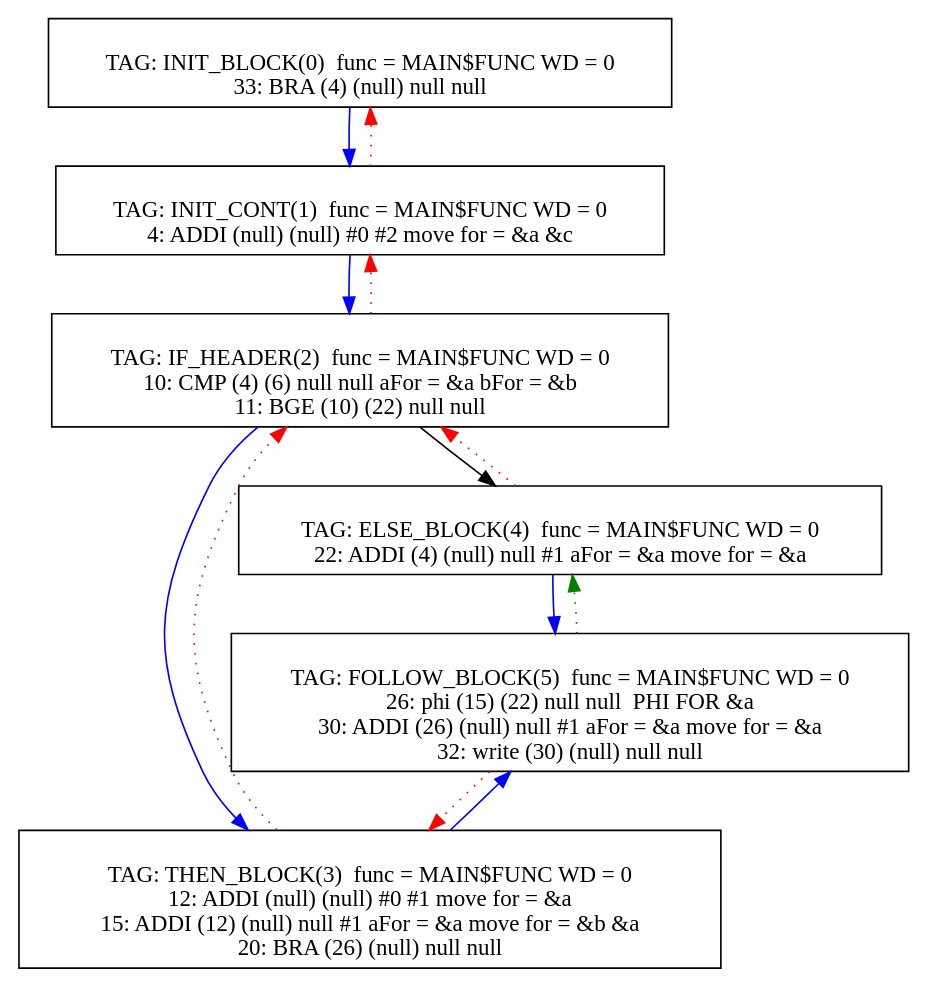
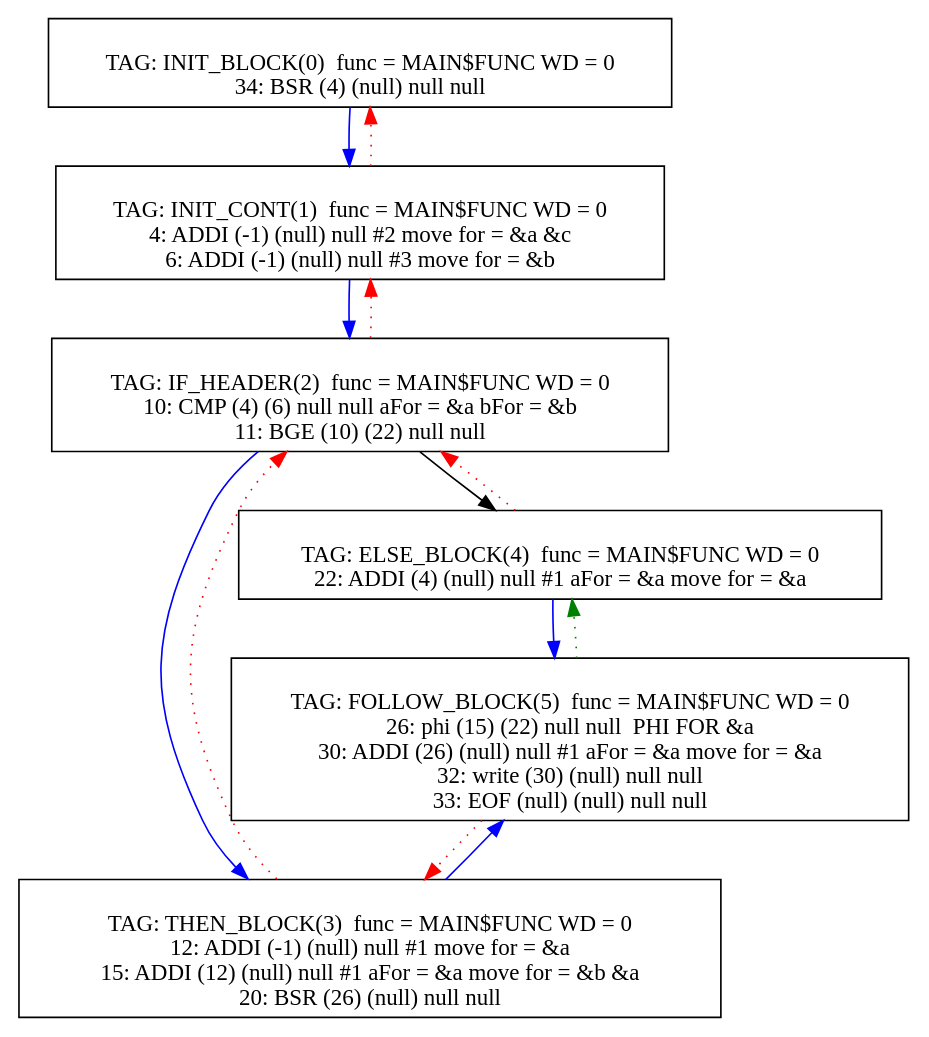
Before and after one commit to mbajaj92/Project-Astoria: the diagram in Compiler/12graph.dot, drawn with Graphviz. The commit also changed 213 other files, not shown here.

```diff
--- a/Compiler/12graph.dot
+++ b/Compiler/12graph.dot
@@ -1,49 +1,51 @@
 digraph {
 0[label="
 TAG: INIT_BLOCK(0)  func = MAIN$FUNC WD = 0
-33: BRA (4) (null) null null
+34: BSR (4) (null) null null
 "];
 0[shape=box];
 0 -> 1[color=blue]
 1[label="
 TAG: INIT_CONT(1)  func = MAIN$FUNC WD = 0
-4: ADDI (null) (null) #0 #2 move for = &a &c
+4: ADDI (-1) (null) null #2 move for = &a &c
+6: ADDI (-1) (null) null #3 move for = &b
 "];
 1[shape=box];
 1 -> 2[color=blue]
 1 -> 0[color=red][style=dotted]
 2[label="
 TAG: IF_HEADER(2)  func = MAIN$FUNC WD = 0
 10: CMP (4) (6) null null aFor = &a bFor = &b
 11: BGE (10) (22) null null
 "];
 2[shape=box];
 2 -> 3[color=blue]
 2 -> 4[color=black]
 2 -> 1[color=red][style=dotted]
 3[label="
 TAG: THEN_BLOCK(3)  func = MAIN$FUNC WD = 0
-12: ADDI (null) (null) #0 #1 move for = &a
+12: ADDI (-1) (null) null #1 move for = &a
 15: ADDI (12) (null) null #1 aFor = &a move for = &b &a
-20: BRA (26) (null) null null
+20: BSR (26) (null) null null
 "];
 3[shape=box];
 3 -> 5[color=blue]
 3 -> 2[color=red][style=dotted]
 4[label="
 TAG: ELSE_BLOCK(4)  func = MAIN$FUNC WD = 0
 22: ADDI (4) (null) null #1 aFor = &a move for = &a
 "];
 4[shape=box];
 4 -> 5[color=blue]
 4 -> 2[color=red][style=dotted]
 5[label="
 TAG: FOLLOW_BLOCK(5)  func = MAIN$FUNC WD = 0
 26: phi (15) (22) null null  PHI FOR &a
 30: ADDI (26) (null) null #1 aFor = &a move for = &a
 32: write (30) (null) null null
+33: EOF (null) (null) null null
 "];
 5[shape=box];
 5 -> 3[color=red][style=dotted]
 5 -> 4[color=green][style=dotted]
 }
```
